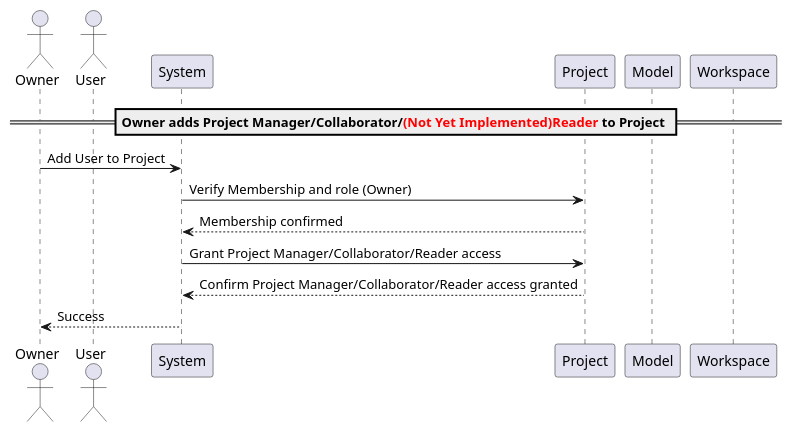
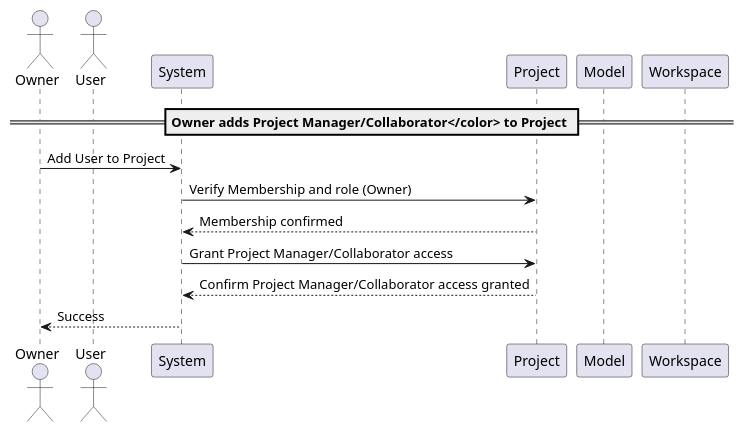
Before and after one commit to Ministry-of-Learning-of-Jura-Kites/OmniCam: the diagram in docs/diagrams/sequences/user_management_sequence.puml, drawn with PlantUML. The commit also changed 6 other files, not shown here.

Commit message:
Update diagrams

```diff
--- a/docs/diagrams/sequences/user_management_sequence.puml
+++ b/docs/diagrams/sequences/user_management_sequence.puml
@@ -1,17 +1,17 @@
 @startuml overview sequence diagram
 actor Owner
 actor User
 participant System
 participant Project
 participant Model
 participant Workspace
 
-== Owner adds Project Manager/Collaborator/<color:red>(Not Yet Implemented)Reader</color> to Project ==
+== Owner adds Project Manager/Collaborator</color> to Project ==
 Owner -> System: Add User to Project
 System -> Project: Verify Membership and role (Owner)
 Project --> System: Membership confirmed
-System -> Project: Grant Project Manager/Collaborator/Reader access
-Project --> System: Confirm Project Manager/Collaborator/Reader access granted
+System -> Project: Grant Project Manager/Collaborator access
+Project --> System: Confirm Project Manager/Collaborator access granted
 System --> Owner: Success
 
 @enduml
```
